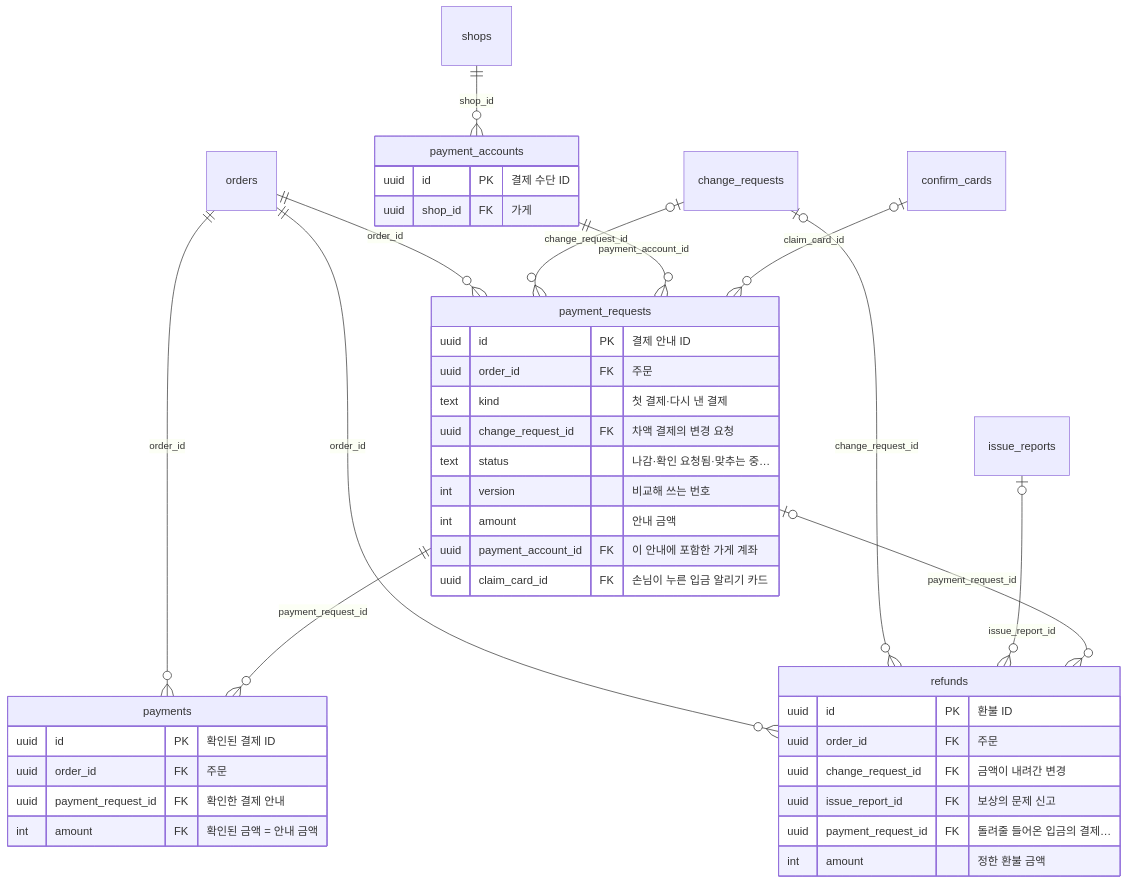
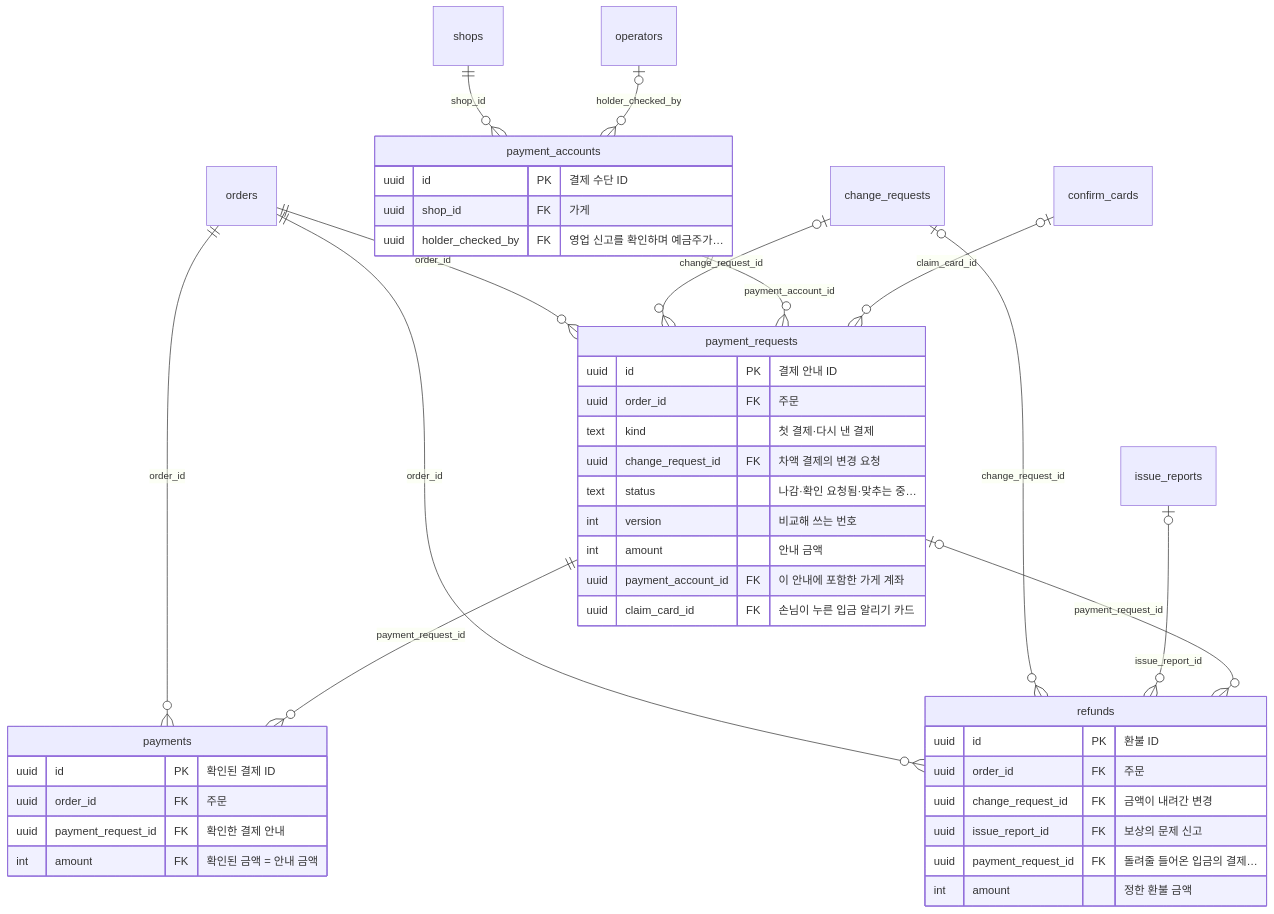
The fifth of 11 diagrams in docs/05-erd/README.md (kodonghui/siljang.ai), drawn with Mermaid before and after one commit. The commit also changed other lines of this file and 56 other files, not shown here.

````diff
--- a/docs/05-erd/README.md
+++ b/docs/05-erd/README.md
@@ -420,43 +422,45 @@
 ```mermaid
 erDiagram
   payment_accounts {
     uuid id PK "결제 수단 ID"
     uuid shop_id FK "가게"
+    uuid holder_checked_by FK "영업 신고를 확인하며 예금주가…"
   }
   payment_requests {
     uuid id PK "결제 안내 ID"
     uuid order_id FK "주문"
     text kind "첫 결제·다시 낸 결제"
     uuid change_request_id FK "차액 결제의 변경 요청"
     text status "나감·확인 요청됨·맞추는 중…"
     int version "비교해 쓰는 번호"
     int amount "안내 금액"
     uuid payment_account_id FK "이 안내에 포함한 가게 계좌"
     uuid claim_card_id FK "손님이 누른 입금 알리기 카드"
   }
   payments {
     uuid id PK "확인된 결제 ID"
     uuid order_id FK "주문"
     uuid payment_request_id FK "확인한 결제 안내"
     int amount FK "확인된 금액 = 안내 금액"
   }
   refunds {
     uuid id PK "환불 ID"
     uuid order_id FK "주문"
     uuid change_request_id FK "금액이 내려간 변경"
     uuid issue_report_id FK "보상의 문제 신고"
     uuid payment_request_id FK "돌려줄 들어온 입금의 결제…"
     int amount "정한 환불 금액"
   }
   shops ||--o{ payment_accounts : "shop_id"
+  operators |o--o{ payment_accounts : "holder_checked_by"
   orders ||--o{ payment_requests : "order_id"
   change_requests |o--o{ payment_requests : "change_request_id"
   payment_accounts ||--o{ payment_requests : "payment_account_id"
   confirm_cards |o--o{ payment_requests : "claim_card_id"
   orders ||--o{ payments : "order_id"
   payment_requests ||--o{ payments : "payment_request_id"
   orders ||--o{ refunds : "order_id"
   change_requests |o--o{ refunds : "change_request_id"
   issue_reports |o--o{ refunds : "issue_report_id"
   payment_requests |o--o{ refunds : "payment_request_id"
 ```
````
